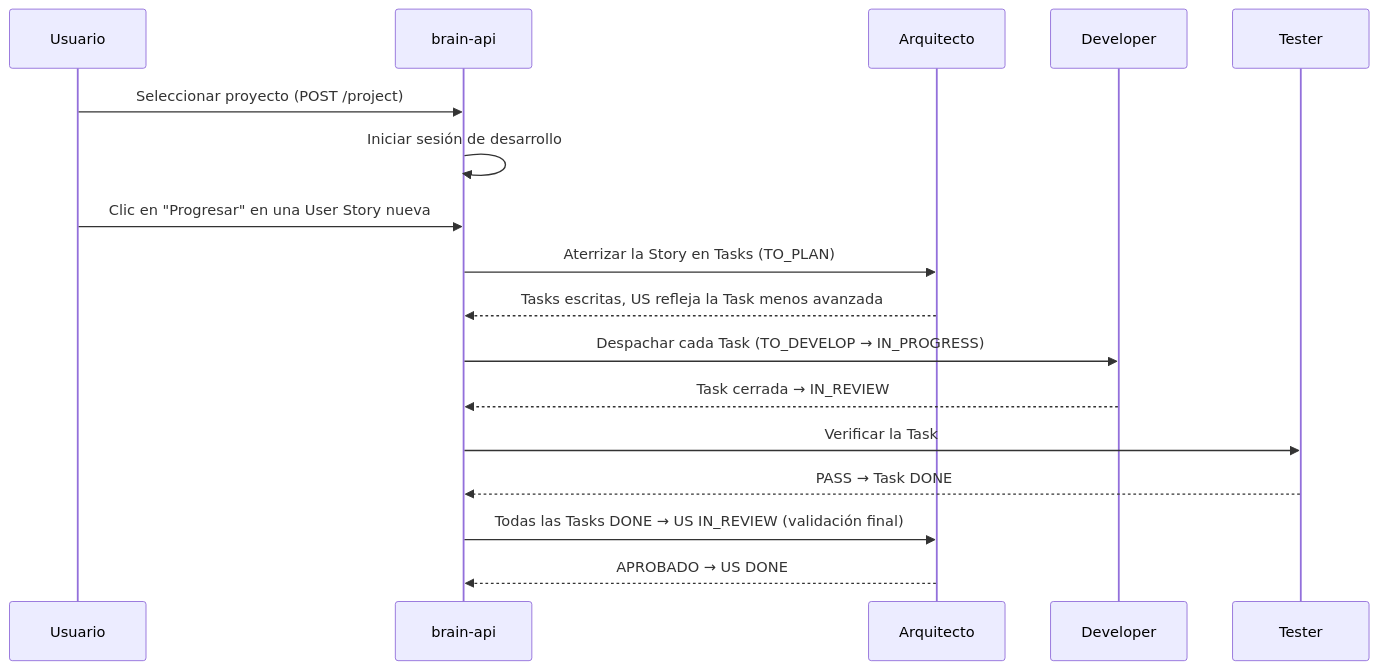
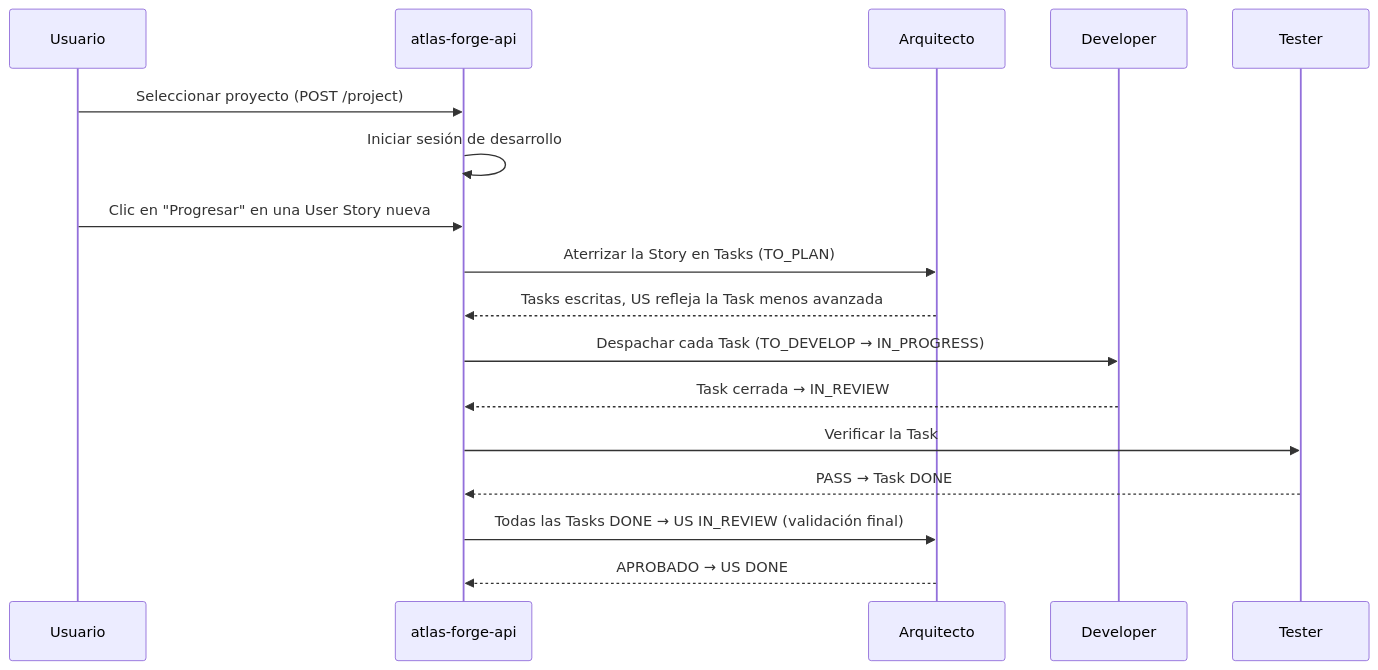
The diagram in docs/es/concepts.md (Yokosillo/atlas-forge), drawn with Mermaid before and after one commit. The commit also changed other lines of this file and 513 other files, not shown here.

First line of the commit message:
Rename package brain to atlas_forge and fix dispatcher agent lifecycle

````diff
--- a/docs/es/concepts.md
+++ b/docs/es/concepts.md
@@ -62,20 +62,20 @@
 ```mermaid
 sequenceDiagram
     participant U as Usuario
-    participant B as brain-api
+    participant B as atlas-forge-api
     participant A as Arquitecto
     participant D as Developer
     participant T as Tester
 
     U->>B: Seleccionar proyecto (POST /project)
     B->>B: Iniciar sesión de desarrollo
     U->>B: Clic en "Progresar" en una User Story nueva
     B->>A: Aterrizar la Story en Tasks (TO_PLAN)
     A-->>B: Tasks escritas, US refleja la Task menos avanzada
     B->>D: Despachar cada Task (TO_DEVELOP → IN_PROGRESS)
     D-->>B: Task cerrada → IN_REVIEW
     B->>T: Verificar la Task
     T-->>B: PASS → Task DONE
     B->>A: Todas las Tasks DONE → US IN_REVIEW (validación final)
     A-->>B: APROBADO → US DONE
 ```
````
